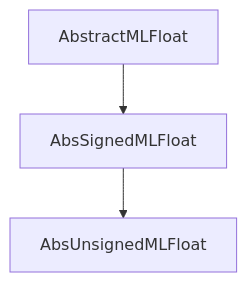
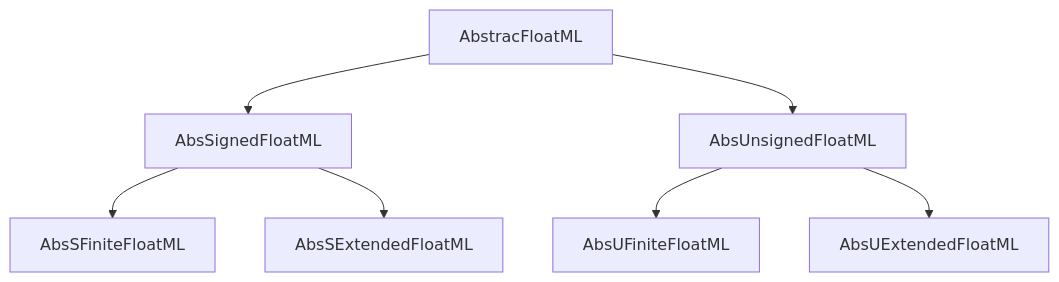
One commit to JeffreySarnoff/AIFloats.jl changed the first of 2 diagrams in docs/src/abstractions.md. Above: the diagram before and after it, drawn with Mermaid. The commit also changed other lines of this file, not shown here.

````diff
--- a/docs/src/abstractions.md
+++ b/docs/src/abstractions.md
@@ -3,6 +4,10 @@
 ```mermaid
 graph TD
-    A[AbstractMLFloat] 
-    --> B[AbsSignedMLFloat]
-    --> C[AbsUnsignedMLFloat]
+    A[AbstracFloatML] 
+    A--> S[AbsSignedFloatML]
+    A--> U[AbsUnsignedFloatML]
+    S--> SF[AbsSFiniteFloatML]
+    S--> SE[AbsSExtendedFloatML]
+    U--> UF[AbsUFiniteFloatML]
+    U--> UE[AbsUExtendedFloatML]
 ```
````
